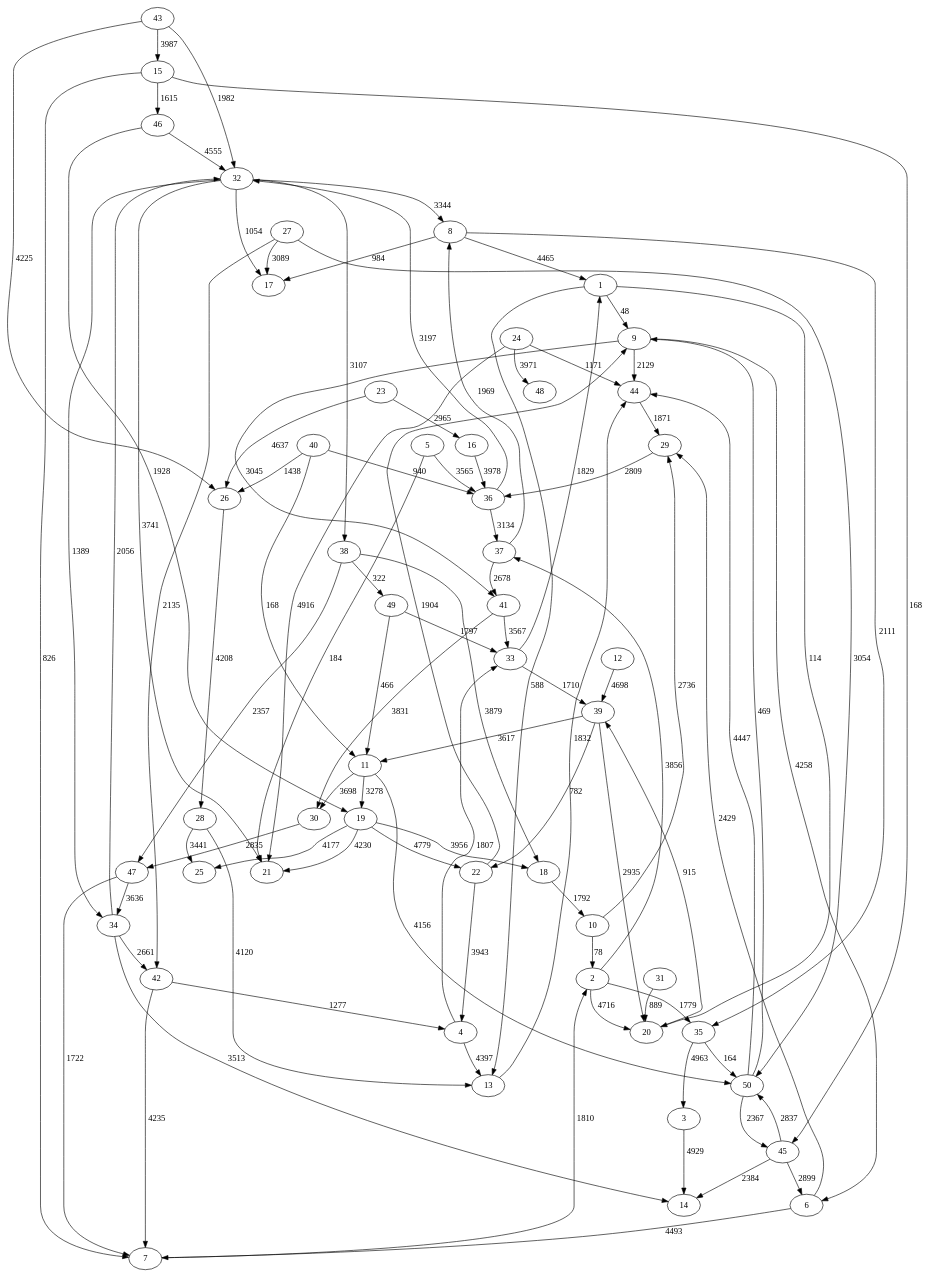
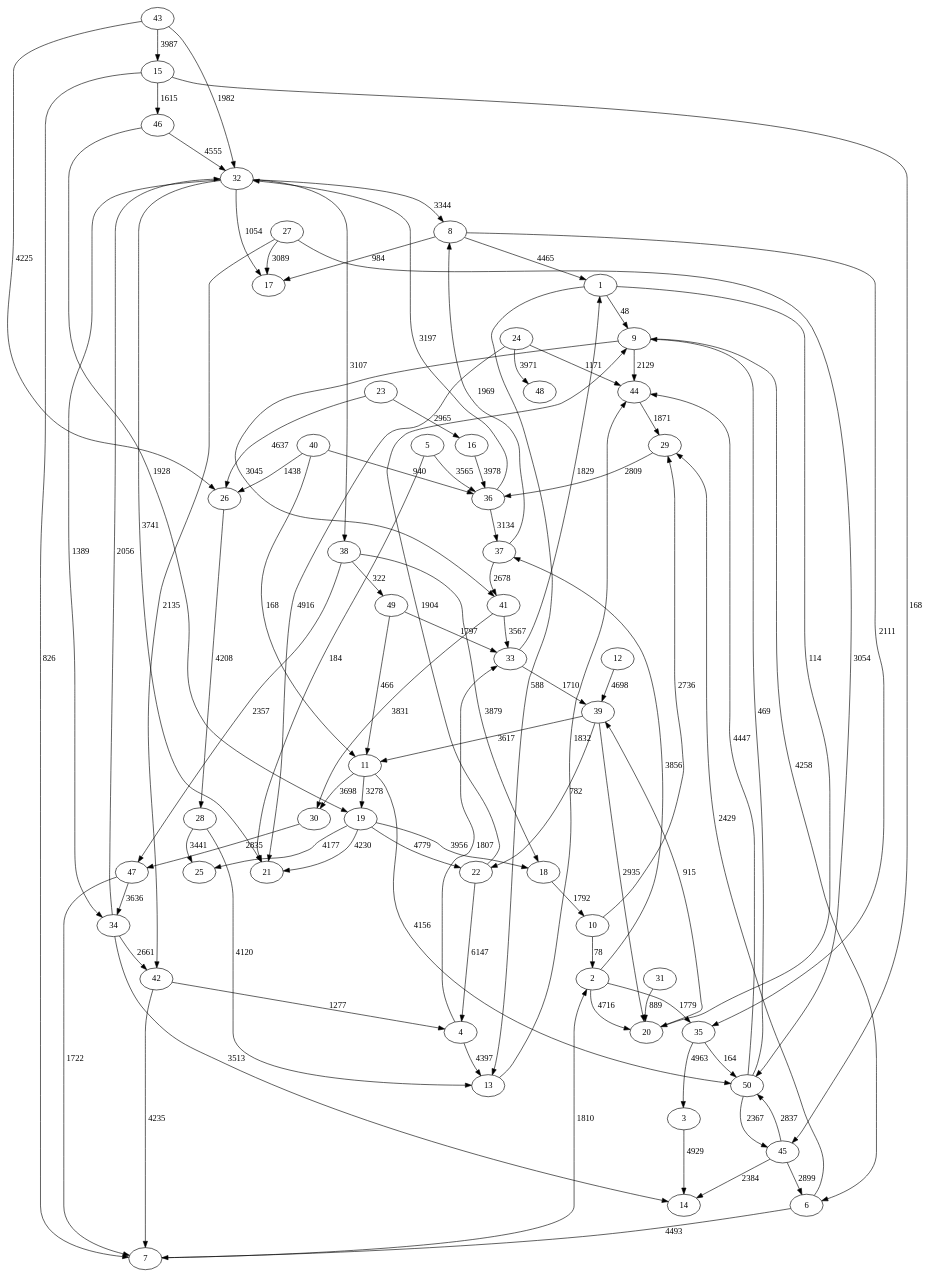
The diagram in docs/test_5.input.dot (pedrovanzella/grafo-cpmf), drawn with Graphviz before and after one commit. The commit also changed 6 other files, not shown here.

```diff
--- a/docs/test_5.input.dot
+++ b/docs/test_5.input.dot
@@ -1,100 +1,100 @@
 strict digraph  {
 	46 -> 32	 [label=4555];
 	46 -> 19	 [label=1928];
 	32 -> 8	 [label=3344];
 	32 -> 38	 [label=3107];
 	32 -> 21	 [label=3741];
 	32 -> 17	 [label=1054];
 	32 -> 34	 [label=1389];
 	19 -> 21	 [label=4230];
 	19 -> 18	 [label=3956];
 	19 -> 22	 [label=4779];
 	19 -> 25	 [label=4177];
 	8 -> 17	 [label=984];
 	8 -> 1	 [label=4465];
 	8 -> 35	 [label=2111];
 	38 -> 18	 [label=3879];
 	38 -> 49	 [label=322];
 	38 -> 47	 [label=2357];
 	34 -> 32	 [label=2056];
 	34 -> 42	 [label=2661];
 	34 -> 14	 [label=3513];
 	1 -> 9	 [label=48];
 	1 -> 13	 [label=588];
 	1 -> 20	 [label=114];
 	9 -> 44	 [label=2129];
 	9 -> 41	 [label=3045];
 	9 -> 6	 [label=4258];
 	13 -> 44	 [label=1832];
 	20 -> 39	 [label=915];
 	44 -> 29	 [label=1871];
 	41 -> 33	 [label=3567];
 	41 -> 30	 [label=3831];
 	6 -> 7	 [label=4493];
 	6 -> 29	 [label=2429];
 	42 -> 4	 [label=1277];
 	42 -> 7	 [label=4235];
 	4 -> 13	 [label=4397];
 	4 -> 33	 [label=1807];
 	7 -> 2	 [label=1810];
 	33 -> 1	 [label=1829];
 	33 -> 39	 [label=1710];
 	29 -> 36	 [label=2809];
 	43 -> 32	 [label=1982];
 	43 -> 15	 [label=3987];
 	43 -> 26	 [label=4225];
 	15 -> 46	 [label=1615];
 	15 -> 7	 [label=826];
 	15 -> 45	 [label=168];
 	26 -> 28	 [label=4208];
 	45 -> 6	 [label=2899];
 	45 -> 50	 [label=2837];
 	45 -> 14	 [label=2384];
 	18 -> 10	 [label=1792];
 	22 -> 9	 [label=1904];
-	22 -> 4	 [label=3943];
+	22 -> 4	 [label=6147];
 	35 -> 3	 [label=4963];
 	35 -> 50	 [label=164];
 	3 -> 14	 [label=4929];
 	50 -> 9	 [label=469];
 	50 -> 44	 [label=4447];
 	50 -> 45	 [label=2367];
 	23 -> 26	 [label=4637];
 	23 -> 16	 [label=2965];
 	16 -> 36	 [label=3978];
 	28 -> 13	 [label=4120];
 	28 -> 25	 [label=3441];
 	36 -> 32	 [label=3197];
 	36 -> 37	 [label=3134];
 	37 -> 8	 [label=1969];
 	37 -> 41	 [label=2678];
 	10 -> 29	 [label=2736];
 	10 -> 2	 [label=78];
 	27 -> 17	 [label=3089];
 	27 -> 42	 [label=2135];
 	27 -> 50	 [label=3054];
 	11 -> 19	 [label=3278];
 	11 -> 50	 [label=4156];
 	11 -> 30	 [label=3698];
 	30 -> 47	 [label=2835];
 	2 -> 20	 [label=4716];
 	2 -> 35	 [label=1779];
 	2 -> 37	 [label=3856];
 	39 -> 20	 [label=2935];
 	39 -> 22	 [label=782];
 	39 -> 11	 [label=3617];
 	49 -> 33	 [label=1797];
 	49 -> 11	 [label=466];
 	47 -> 34	 [label=3636];
 	47 -> 7	 [label=1722];
 	40 -> 26	 [label=1438];
 	40 -> 36	 [label=940];
 	40 -> 11	 [label=168];
 	24 -> 21	 [label=4916];
 	24 -> 44	 [label=1171];
 	24 -> 48	 [label=3971];
 	12 -> 39	 [label=4698];
 	31 -> 20	 [label=889];
 	5 -> 21	 [label=184];
 	5 -> 36	 [label=3565];
 }
```
